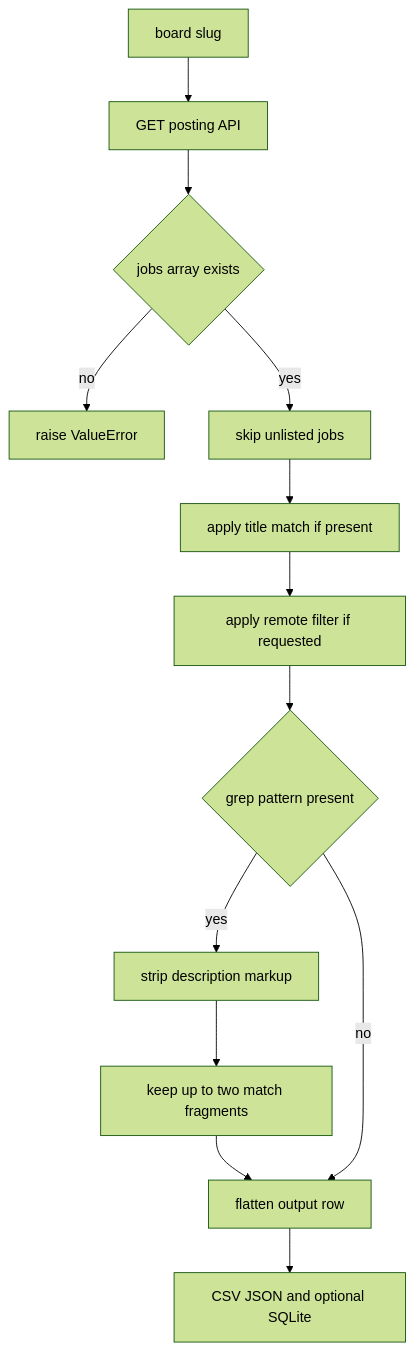
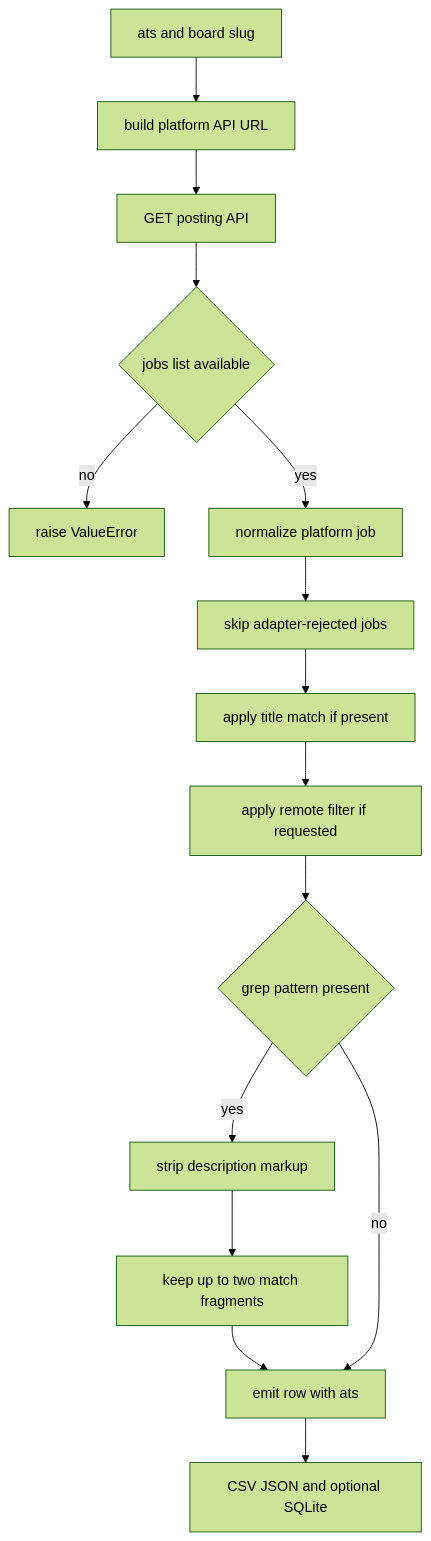
One commit to dlibis/job-boards changed the diagram in openwiki/workflows/job-scrape.md. Above: the diagram before and after it, drawn with Mermaid (forest theme). The commit also changed other lines of this file and 22 other files, not shown here.

````diff
--- a/openwiki/workflows/job-scrape.md
+++ b/openwiki/workflows/job-scrape.md
@@ -26,15 +27,17 @@
 ```mermaid
 flowchart TD
-    Board["board slug"] --> Fetch["GET posting API"]
-    Fetch --> Shape{"jobs array exists"}
+    Board["ats and board slug"] --> URL["build platform API URL"]
+    URL --> Fetch["GET posting API"]
+    Fetch --> Shape{"jobs list available"}
     Shape -->|"no"| Fail["raise ValueError"]
-    Shape -->|"yes"| Listed["skip unlisted jobs"]
+    Shape -->|"yes"| Adapter["normalize platform job"]
+    Adapter --> Listed["skip adapter-rejected jobs"]
     Listed --> Title["apply title match if present"]
     Title --> Remote["apply remote filter if requested"]
     Remote --> Grep{"grep pattern present"}
     Grep -->|"yes"| Text["strip description markup"]
     Text --> Fragments["keep up to two match fragments"]
-    Fragments --> Row["flatten output row"]
+    Fragments --> Row["emit row with ats"]
     Grep -->|"no"| Row
     Row --> Outputs["CSV JSON and optional SQLite"]
 ```
````
